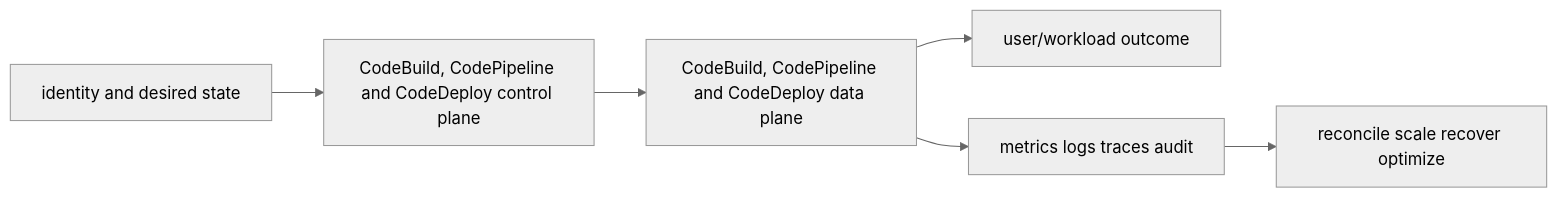
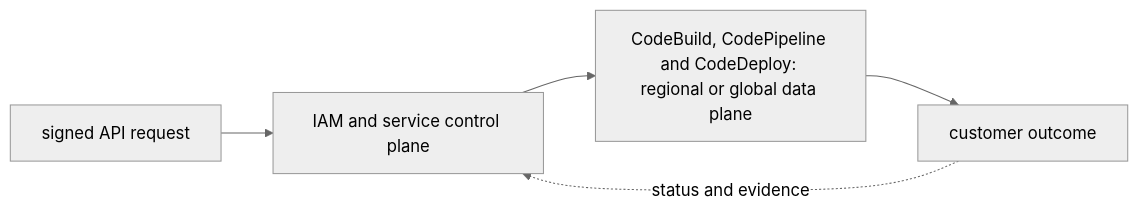
Before and after one commit to tomkidumbuyo/DevOps-interview-preparation: the diagram in 07-aws/10-infrastructure-delivery/03-code-services/README.md, drawn with Mermaid (neutral theme). The commit also changed other lines of this file and 753 other files, not shown here.

````diff
--- a/07-aws/10-infrastructure-delivery/03-code-services/README.md
+++ b/07-aws/10-infrastructure-delivery/03-code-services/README.md
@@ -19,8 +31,7 @@
 ```mermaid
 flowchart LR
-  I[identity and desired state] --> C[CodeBuild, CodePipeline and CodeDeploy control plane]
-  C --> D[CodeBuild, CodePipeline and CodeDeploy data plane]
-  D --> U[user/workload outcome]
-  D --> O[metrics logs traces audit]
-  O --> R[reconcile scale recover optimize]
+  A["signed API request"] --> B["IAM and service control plane"]
+  B --> C["CodeBuild, CodePipeline and CodeDeploy: regional or global data plane"]
+  C --> D["customer outcome"]
+  D -. "status and evidence" .-> B
 ```
````
